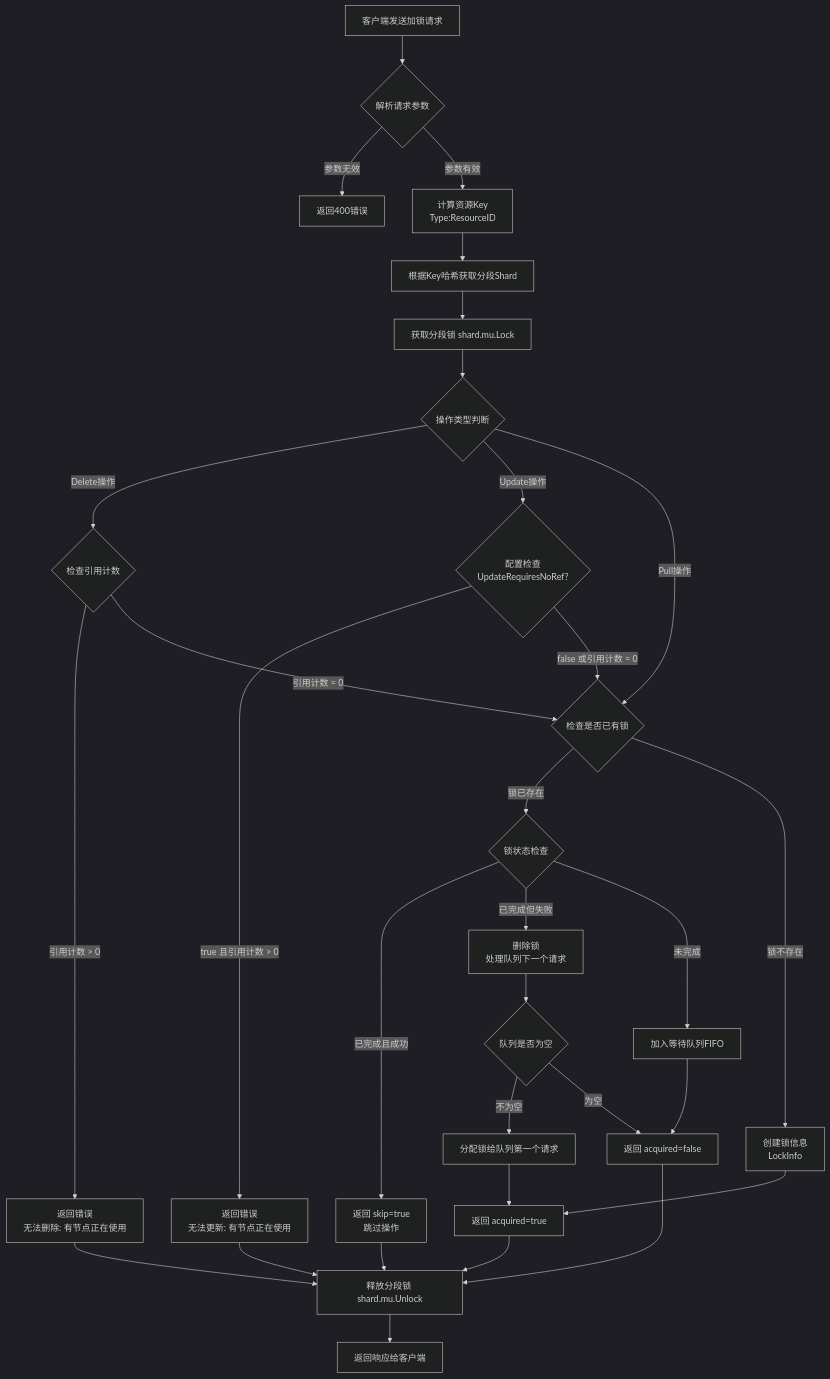
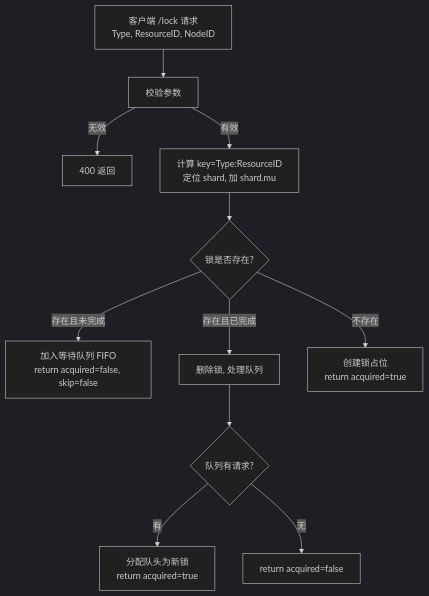
One commit to JieQii/distributed-lock changed the first of 11 diagrams in server/FLOWCHART.md. Above: the diagram before and after it, drawn with Mermaid (dark theme). The commit also changed other lines of this file and 5 other files, not shown here.

Commit message:
feat:update flowchart

````diff
--- a/server/FLOWCHART.md
+++ b/server/FLOWCHART.md
@@ -63,39 +7,13 @@
 ```mermaid
 flowchart TD
-    A[客户端发送加锁请求] --> B{解析请求参数}
-    B -->|参数无效| C[返回400错误]
-    B -->|参数有效| D[计算资源Key<br/>Type:ResourceID]
-    D --> E[根据Key哈希获取分段Shard]
-    E --> F[获取分段锁 shard.mu.Lock]
-    F --> G{操作类型判断}
-    
-    G -->|Delete操作| H{检查引用计数}
-    H -->|引用计数 > 0| I[返回错误<br/>无法删除: 有节点正在使用]
-    H -->|引用计数 = 0| J{检查是否已有锁}
-    
-    G -->|Update操作| K{配置检查<br/>UpdateRequiresNoRef?}
-    K -->|true 且引用计数 > 0| L[返回错误<br/>无法更新: 有节点正在使用]
-    K -->|false 或引用计数 = 0| J
-    
-    G -->|Pull操作| J
-    
-    J -->|锁已存在| M{锁状态检查}
-    M -->|已完成且成功| N[返回 skip=true<br/>跳过操作]
-    M -->|已完成但失败| O[删除锁<br/>处理队列下一个请求]
-    O --> P{队列是否为空}
-    P -->|不为空| Q[分配锁给队列第一个请求]
-    Q --> R[返回 acquired=true]
-    P -->|为空| S[返回 acquired=false]
-    M -->|未完成| T[加入等待队列FIFO]
-    T --> S
-    
-    J -->|锁不存在| U[创建锁信息<br/>LockInfo]
-    U --> R
-    
-    R --> V[释放分段锁 shard.mu.Unlock]
-    S --> V
-    I --> V
-    L --> V
-    N --> V
-    V --> W[返回响应给客户端]
+    A[客户端 /lock 请求<br/>Type, ResourceID, NodeID] --> B[校验参数]
+    B -->|无效| B1[400 返回]
+    B -->|有效| C[计算 key=Type:ResourceID<br/>定位 shard, 加 shard.mu]
+    C --> D{锁是否存在?}
+    D -->|存在且未完成| E[加入等待队列 FIFO<br/>return acquired=false, skip=false]
+    D -->|存在且已完成| F[删除锁, 处理队列]
+    F --> F1{队列有请求?}
+    F1 -->|有| F2[分配队头为新锁<br/>return acquired=true]
+    F1 -->|无| F3[return acquired=false]
+    D -->|不存在| G[创建锁占位<br/>return acquired=true]
 ```
````
